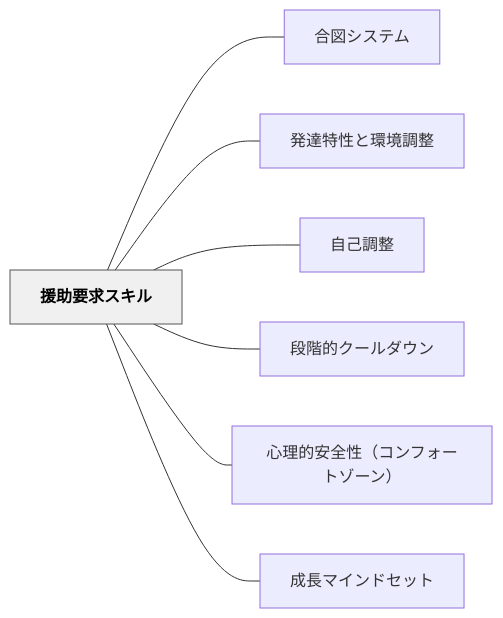
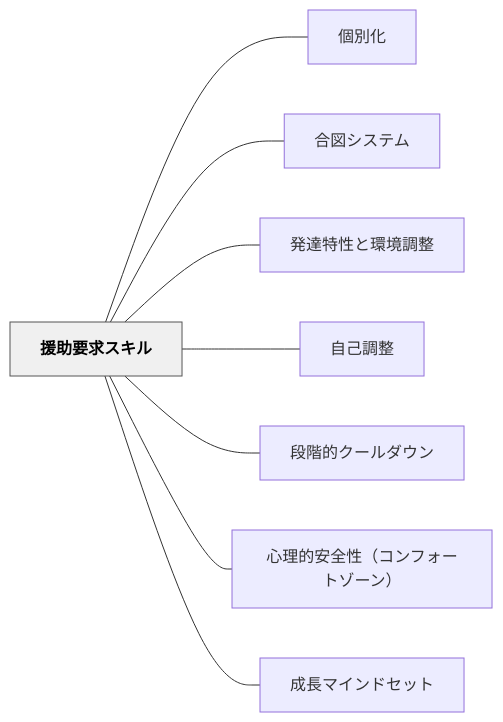
Before and after one commit to unknownthings-ed-patterns/unknownthings-ed-patterns: the diagram in content/パタン/援助要求スキル.md, drawn with Mermaid. The commit also changed other lines of this file and 473 other files, not shown here.

````diff
--- a/content/パタン/援助要求スキル.md
+++ b/content/パタン/援助要求スキル.md
@@ -141,20 +142,22 @@
 ```mermaid
 flowchart LR
     ne68fb4e58aa9["援助要求スキル"]
+    ne5808be588a5["個別化"]
     ne59088e59bb3["合図システム"]
     ne799bae98194["発達特性と環境調整"]
     ne887aae5b7b1["自己調整"]
     ne6aeb5e99a8e["段階的クールダウン"]
     ne5bf83e79086["心理的安全性（コンフォートゾーン）"]
     ne68890e995b7["成長マインドセット"]
 
+    ne68fb4e58aa9 --- ne5808be588a5
     ne68fb4e58aa9 --- ne59088e59bb3
     ne68fb4e58aa9 --- ne799bae98194
     ne68fb4e58aa9 --- ne887aae5b7b1
     ne68fb4e58aa9 --- ne6aeb5e99a8e
     ne68fb4e58aa9 --- ne5bf83e79086
     ne68fb4e58aa9 --- ne68890e995b7
 
     classDef hub fill:#f0f0f0,stroke:#555,color:#000,font-weight:bold
     class ne68fb4e58aa9 hub
 ```
````
